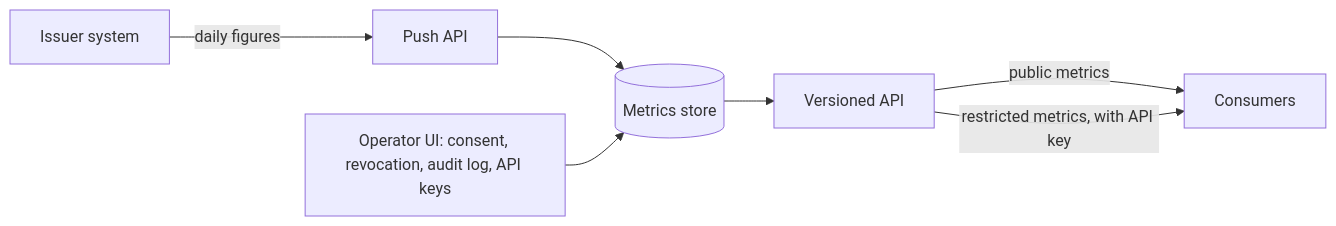
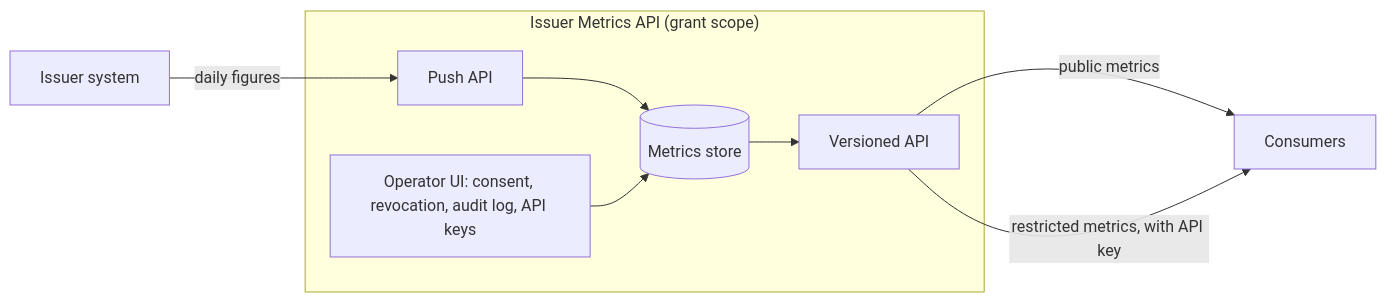
The diagram in rfps/financial-markets-standards-verification/2026-10-Kaiko-issuer-metrics-api.md (Desmonty-Kaiko/canton-dev-fund), drawn with Mermaid before and after one commit.

Commit message:
Show the grant scope in the deployment flowchart
Group Push API, metrics store, operator UI and versioned API in a box labelled as the grant scope; the issuer system and consumers stay outside it.

Claude-Session: https://claude.ai/code/session_01NeAcucarwJKM68xQhosRFz

````diff
--- a/rfps/financial-markets-standards-verification/2026-10-Kaiko-issuer-metrics-api.md
+++ b/rfps/financial-markets-standards-verification/2026-10-Kaiko-issuer-metrics-api.md
@@ -60,9 +60,17 @@
 ```mermaid
 flowchart LR
-    A["Issuer system"] -->|"daily figures"| B["Push API"]
-    B --> C[("Metrics store")]
-    D["Operator UI: consent, revocation, audit log, API keys"] --> C
-    C --> E["Versioned API"]
-    E -->|"public metrics"| F["Consumers"]
+    A["Issuer system"]
+    F["Consumers"]
+    subgraph G["Issuer Metrics API (grant scope)"]
+        B["Push API"]
+        C[("Metrics store")]
+        D["Operator UI: consent, revocation, audit log, API keys"]
+        E["Versioned API"]
+        B --> C
+        D --> C
+        C --> E
+    end
+    A -->|"daily figures"| B
+    E -->|"public metrics"| F
     E -->|"restricted metrics, with API key"| F
 ```
````
